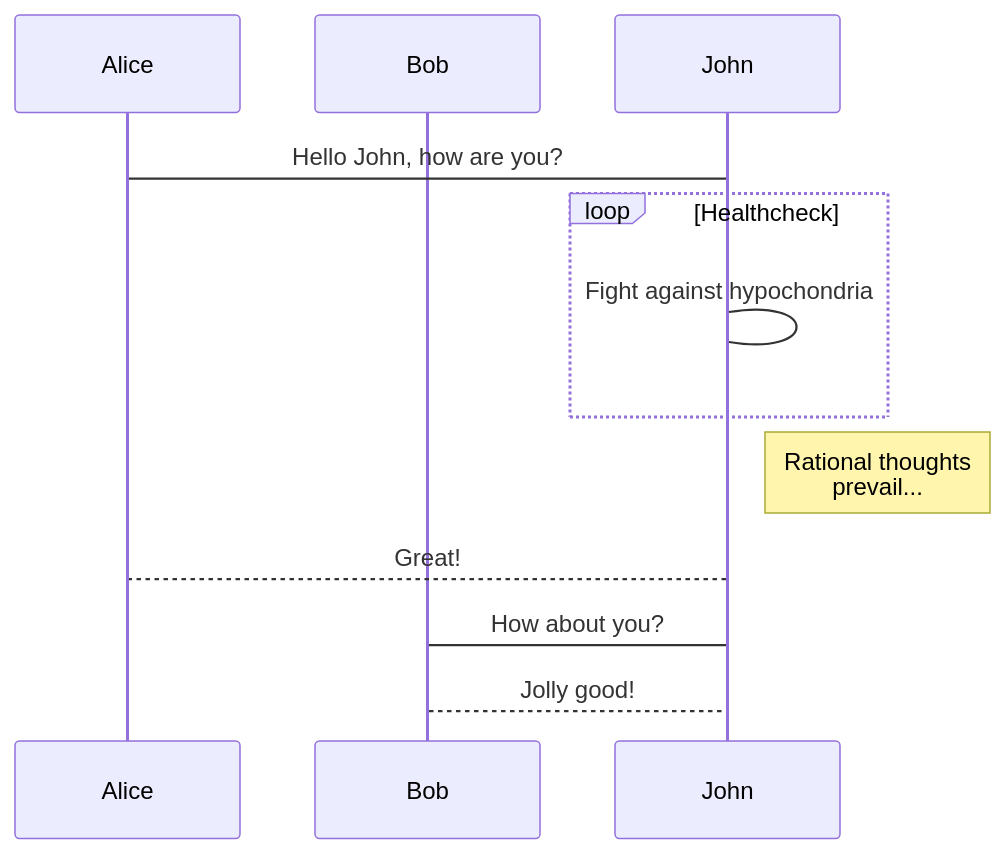
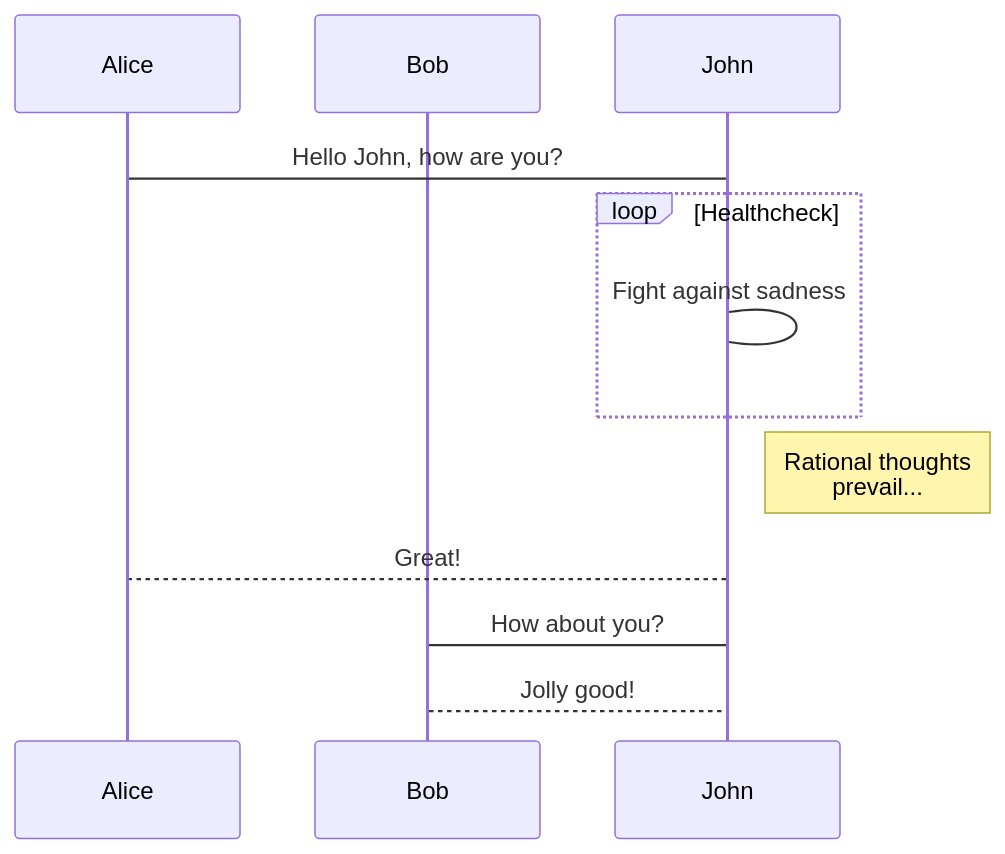
The diagram in faq.rst (kwebio/kweb-docs), drawn with Mermaid before and after one commit. The commit also changed 1 other file, not shown here.

Commit message:
try again

```diff
--- a/faq.rst
+++ b/faq.rst
@@ -60,13 +60,13 @@
 .. mermaid::
 
    sequenceDiagram
       participant Alice
       participant Bob
       Alice->John: Hello John, how are you?
       loop Healthcheck
-          John->John: Fight against hypochondria
+          John->John: Fight against sadness
       end
       Note right of John: Rational thoughts <br/>prevail...
       John-->Alice: Great!
       John->Bob: How about you?
       Bob-->John: Jolly good!
```
